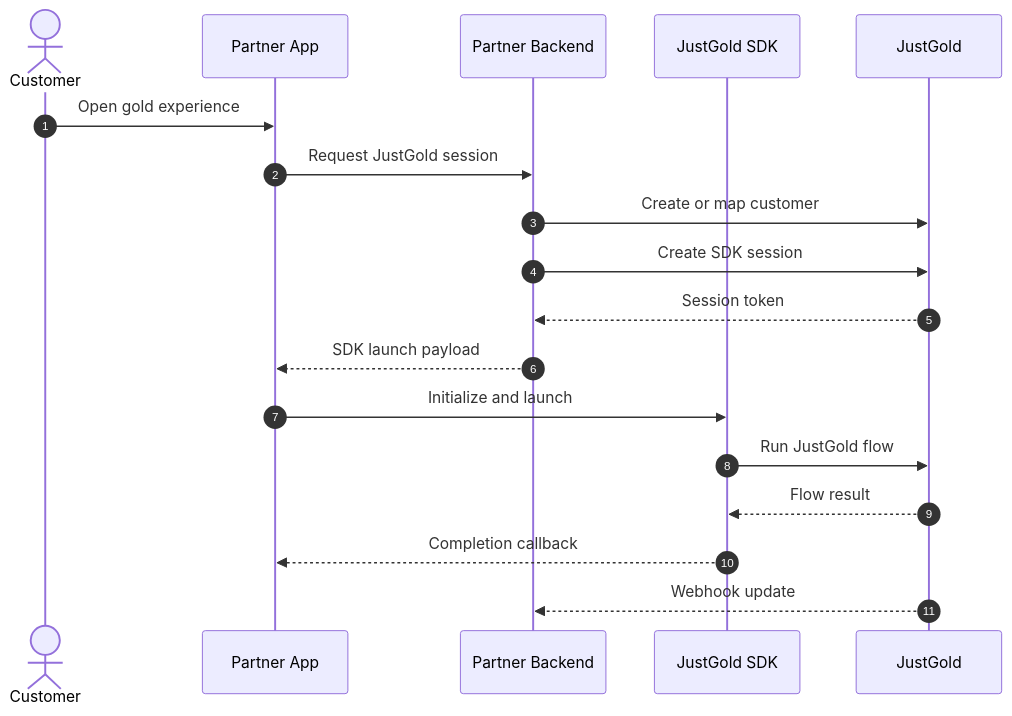
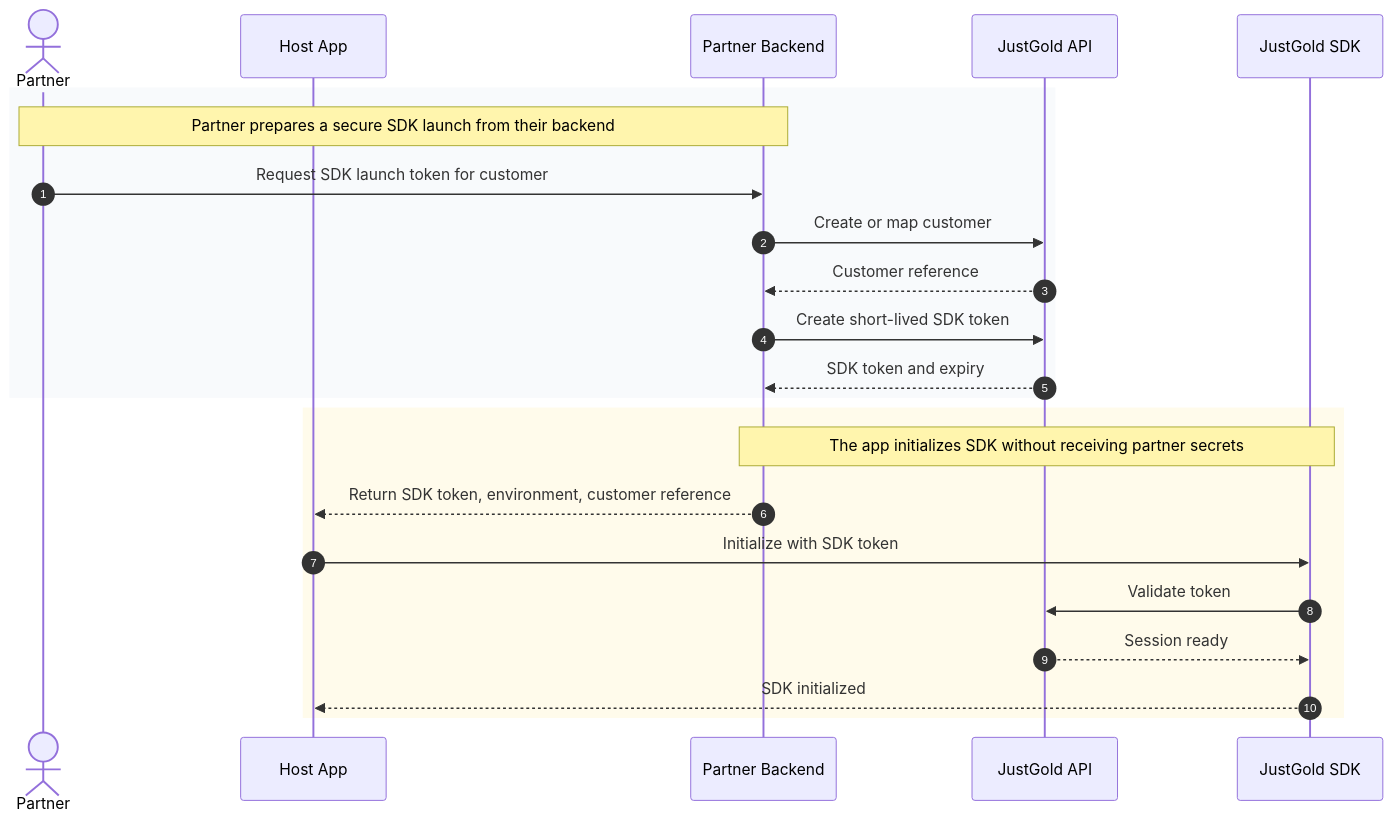
Before and after one commit to Just-Gold-JG/docs: the first of 4 diagrams in sdk/overview.md, drawn with Mermaid. The commit also changed other lines of this file and 7 other files, not shown here.

Commit message:
Add sequence diagrams for api and sdk integration flows

````diff
--- a/sdk/overview.md
+++ b/sdk/overview.md
@@ -19,21 +23,27 @@
 ```mermaid
 sequenceDiagram
     autonumber
-    actor Customer
-    participant App as Partner App
+    actor Partner as Partner
+    participant Host as Host App
     participant Backend as Partner Backend
+    participant JG as JustGold API
     participant SDK as JustGold SDK
-    participant JG as JustGold
 
-    Customer->>App: Open gold experience
-    App->>Backend: Request JustGold session
-    Backend->>JG: Create or map customer
-    Backend->>JG: Create SDK session
-    JG-->>Backend: Session token
-    Backend-->>App: SDK launch payload
-    App->>SDK: Initialize and launch
-    SDK->>JG: Run JustGold flow
-    JG-->>SDK: Flow result
-    SDK-->>App: Completion callback
-    JG-->>Backend: Webhook update
+    rect rgb(248, 250, 252)
+        Note over Partner,Backend: Partner prepares a secure SDK launch from their backend
+        Partner->>Backend: Request SDK launch token for customer
+        Backend->>JG: Create or map customer
+        JG-->>Backend: Customer reference
+        Backend->>JG: Create short-lived SDK token
+        JG-->>Backend: SDK token and expiry
+    end
+
+    rect rgb(255, 251, 235)
+        Note over Backend,SDK: The app initializes SDK without receiving partner secrets
+        Backend-->>Host: Return SDK token, environment, customer reference
+        Host->>SDK: Initialize with SDK token
+        SDK->>JG: Validate token
+        JG-->>SDK: Session ready
+        SDK-->>Host: SDK initialized
+    end
 ```
````
